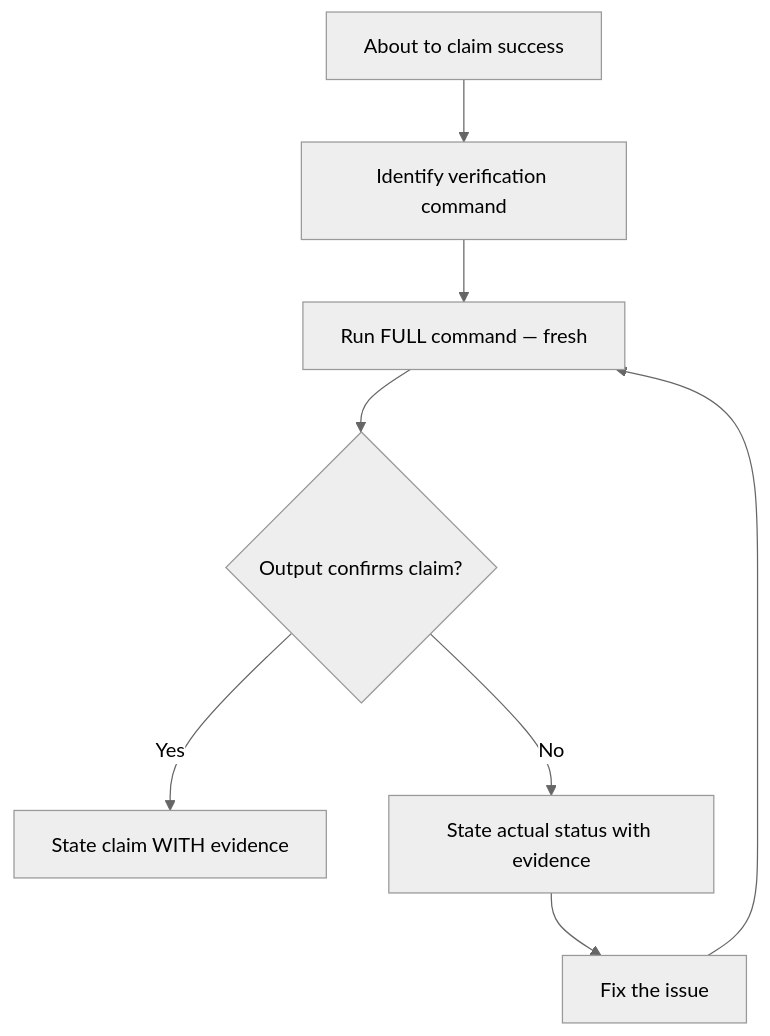
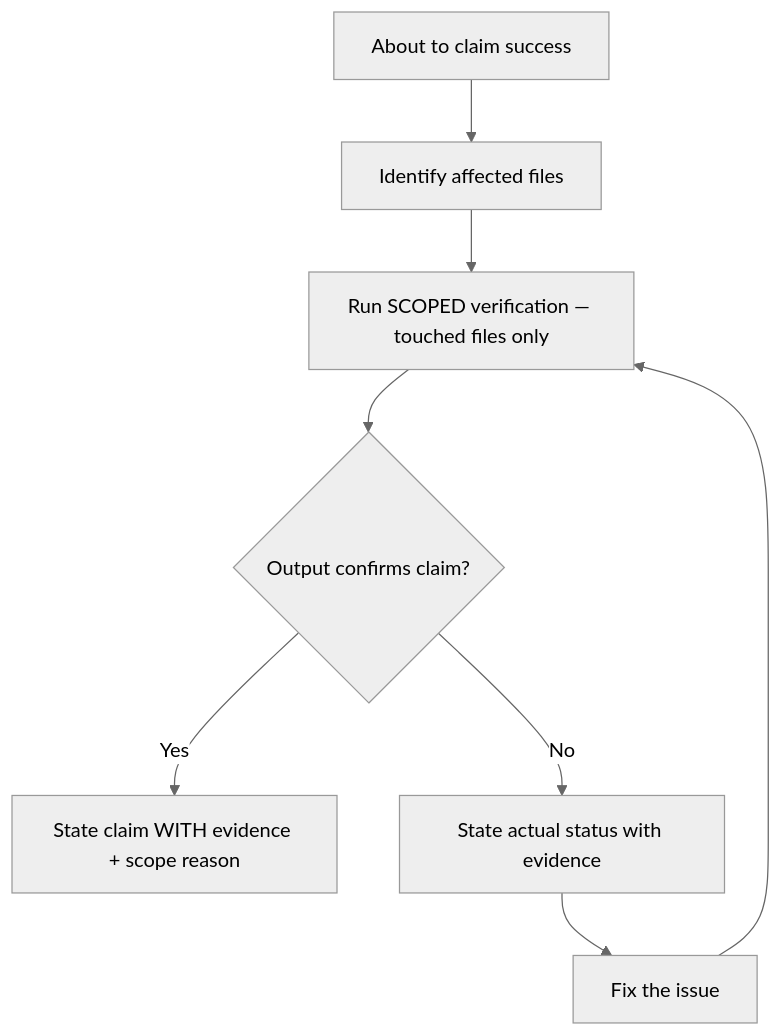
Before and after one commit to rryando/SPOC: the diagram in opencode/spoc/skills/verification-before-completion/SKILL.md, drawn with Mermaid (neutral theme). The commit also changed other lines of this file and 18 other files, not shown here.

````diff
--- a/opencode/spoc/skills/verification-before-completion/SKILL.md
+++ b/opencode/spoc/skills/verification-before-completion/SKILL.md
@@ -14,10 +14,10 @@
 ```mermaid
 flowchart TD
-    A[About to claim success] --> B[Identify verification command]
-    B --> C[Run FULL command — fresh]
+    A[About to claim success] --> B[Identify affected files]
+    B --> C[Run SCOPED verification — touched files only]
     C --> D{Output confirms claim?}
-    D -->|Yes| E[State claim WITH evidence]
+    D -->|Yes| E[State claim WITH evidence + scope reason]
     D -->|No| F[State actual status with evidence]
     F --> G[Fix the issue]
     G --> C
 ```
````
